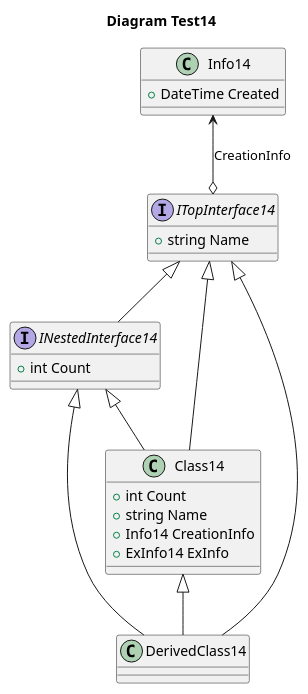
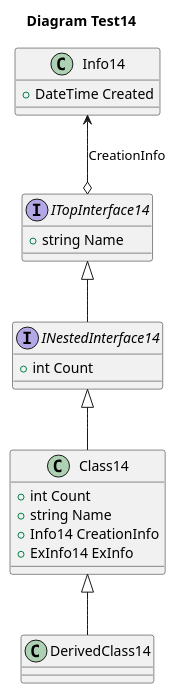
Before and after one commit to isukces/AutoUml: the diagram in docs/testsResults/T14_Should_do_not_add_relation_to_base_interface.puml, drawn with PlantUML. The commit also changed 4 other files, not shown here.

```diff
--- a/docs/testsResults/T14_Should_do_not_add_relation_to_base_interface.puml
+++ b/docs/testsResults/T14_Should_do_not_add_relation_to_base_interface.puml
@@ -1,36 +1,33 @@
 @startuml
 title
  Diagram Test14
 end title
 
 interface ITopInterface14
 {
     +string Name
 }
 class Info14
 {
     +DateTime Created
 }
 interface INestedInterface14
 {
     +int Count
 }
 class Class14
 {
     +int Count
     +string Name
     +Info14 CreationInfo
     +ExInfo14 ExInfo
 }
 class DerivedClass14
 {
 }
 
 ITopInterface14 o-up-> Info14:CreationInfo
 INestedInterface14 -up-|> ITopInterface14
 Class14 -up-|> INestedInterface14
-Class14 -up-|> ITopInterface14
 DerivedClass14 -up-|> Class14
-DerivedClass14 -up-|> INestedInterface14
-DerivedClass14 -up-|> ITopInterface14
 @enduml
```
